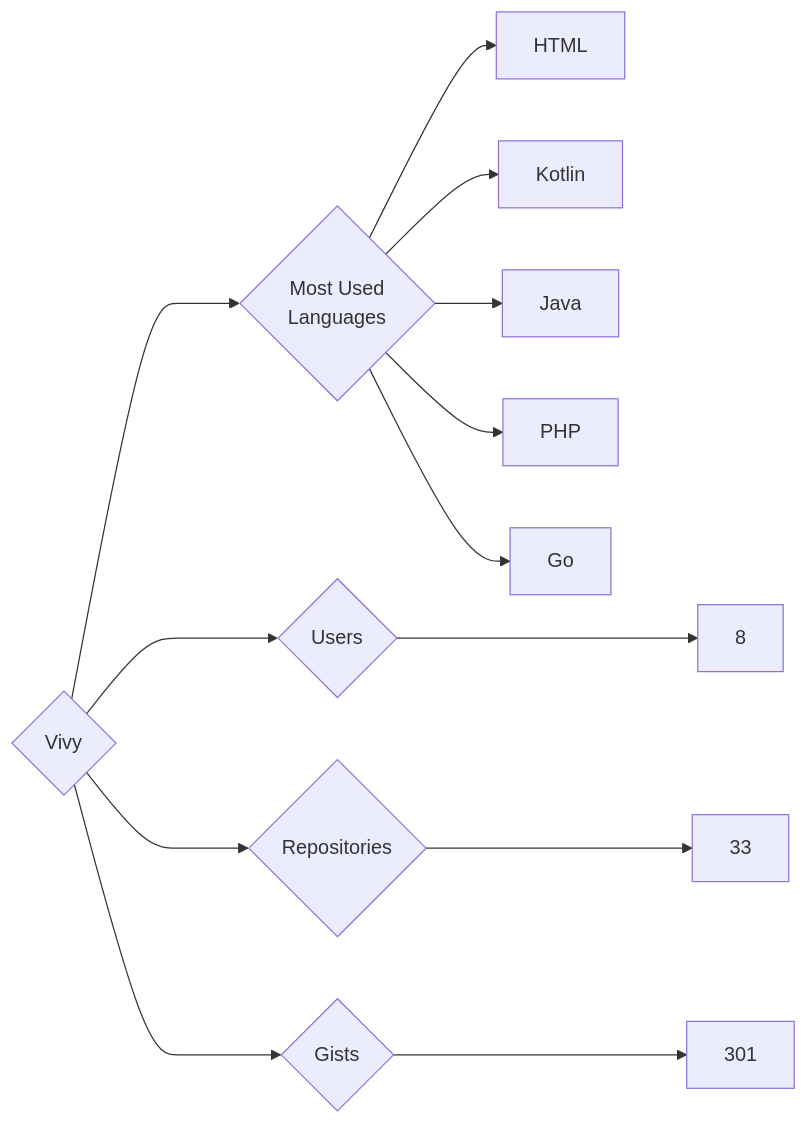
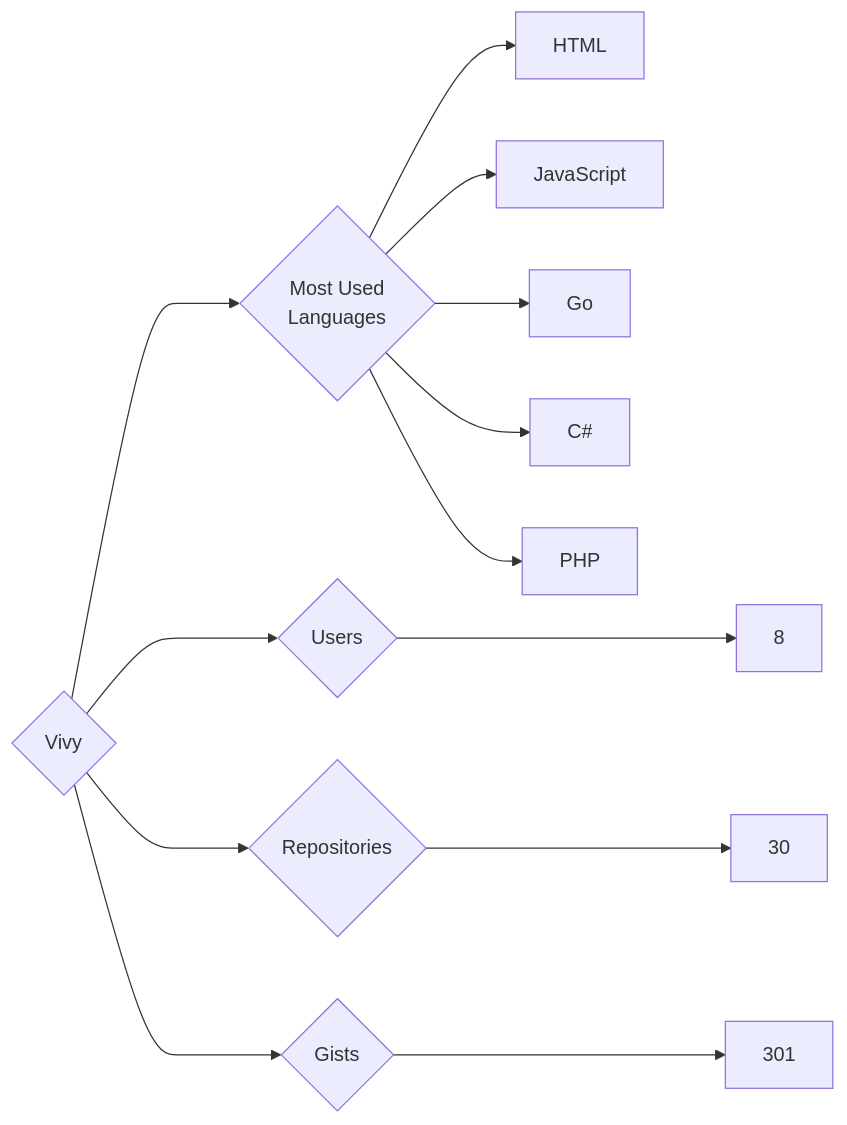
Before and after one commit to trickest/insiders: the diagram in targets/Vivy/README.md, drawn with Mermaid. The commit also changed 715 other files, not shown here.

````diff
--- a/targets/Vivy/README.md
+++ b/targets/Vivy/README.md
@@ -3,13 +3,13 @@
 ```mermaid
 graph LR
 COMPANY_NAME{Vivy}
 COMPANY_NAME ---> U{Users} ---> UN[8]
-COMPANY_NAME ---> R{Repositories} ---> RN[33]
+COMPANY_NAME ---> R{Repositories} ---> RN[30]
 COMPANY_NAME ---> G{Gists} ---> GN[301]
 COMPANY_NAME ---> ML{Most Used<br>Languages}
 ML --> HTML[HTML]
-ML --> Kotlin[Kotlin]
-ML --> Java[Java]
+ML --> JavaScript[JavaScript]
+ML --> Go[Go]
+ML --> C#[C#]
 ML --> PHP[PHP]
-ML --> Go[Go]
 ```
````
